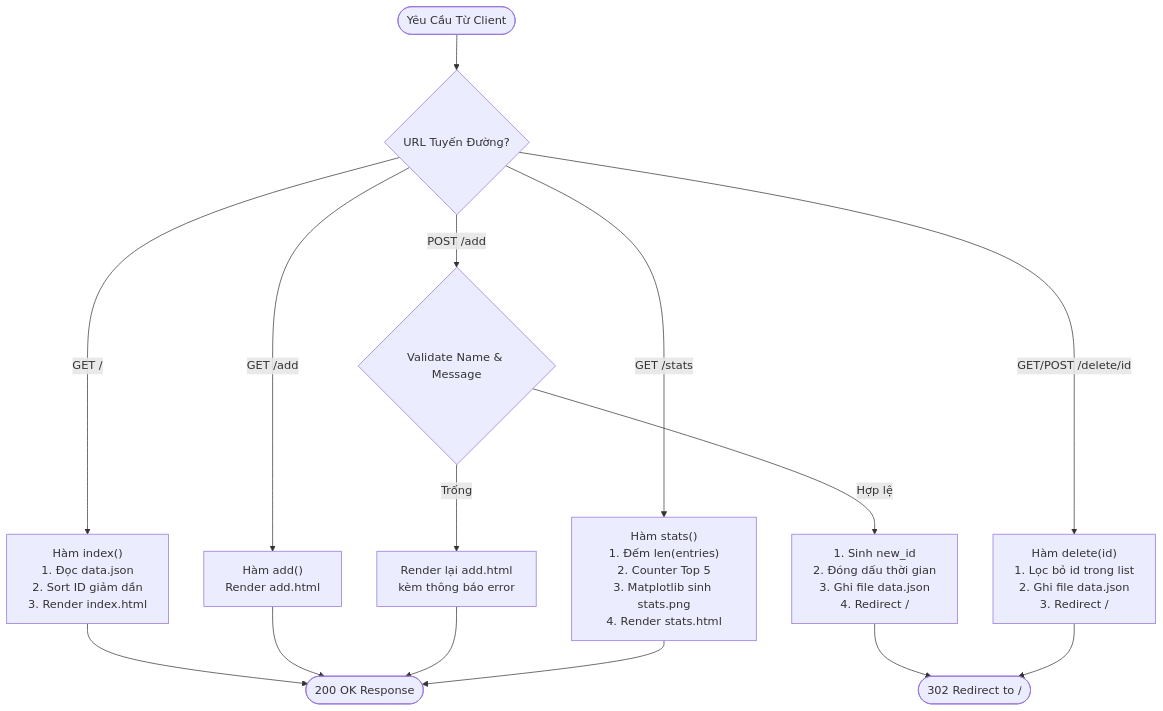
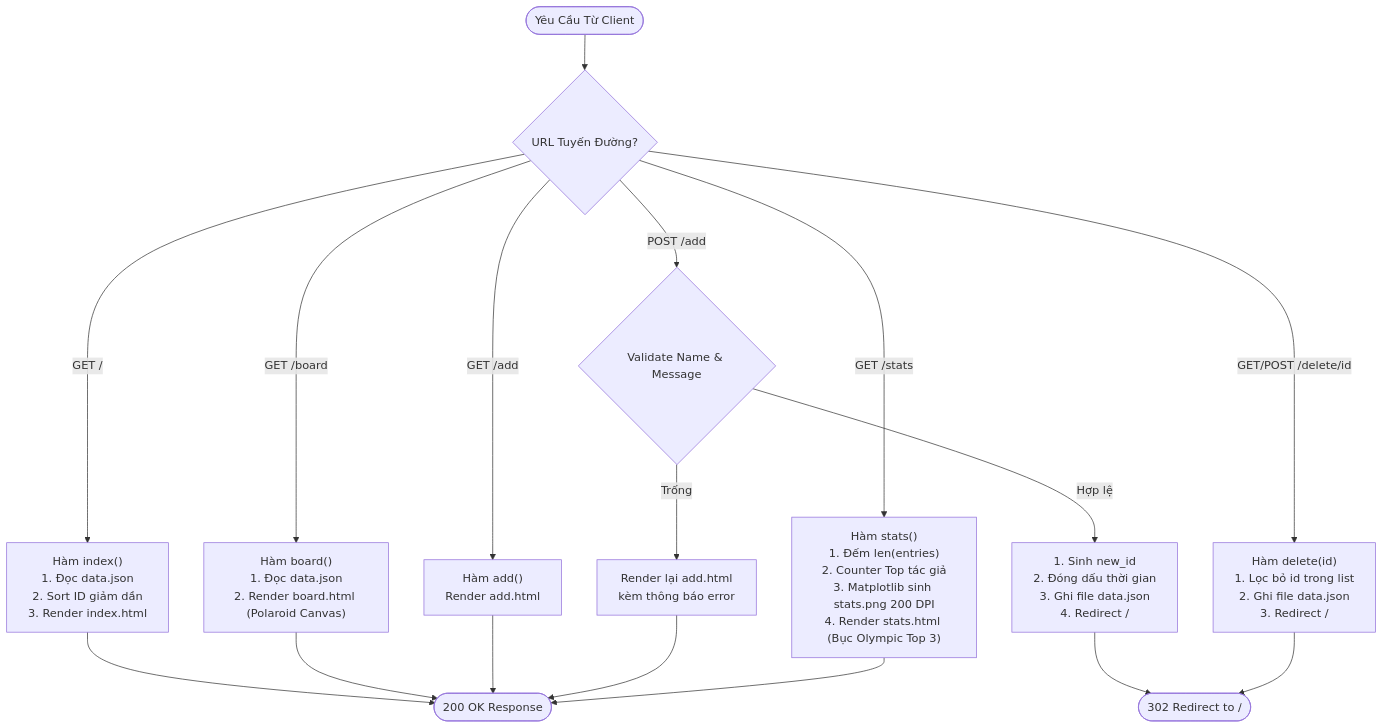
One commit to KemCheese/Project_python_web changed the diagram in vibe_code/docs/ROUTES_MAP.md. Above: the diagram before and after it, drawn with Mermaid. The commit also changed other lines of this file and 15 other files, not shown here.

````diff
--- a/vibe_code/docs/ROUTES_MAP.md
+++ b/vibe_code/docs/ROUTES_MAP.md
@@ -113,23 +121,26 @@
 ```mermaid
 flowchart TD
     Req([Yêu Cầu Từ Client]) --> URLCheck{URL Tuyến Đường?}
     
     URLCheck -->|GET /| RouteIndex["Hàm index()<br/>1. Đọc data.json<br/>2. Sort ID giảm dần<br/>3. Render index.html"]
+    
+    URLCheck -->|GET /board| RouteBoard["Hàm board()<br/>1. Đọc data.json<br/>2. Render board.html (Polaroid Canvas)"]
     
     URLCheck -->|GET /add| RouteAddGet["Hàm add()<br/>Render add.html"]
     
     URLCheck -->|POST /add| RouteAddPost{"Validate Name & Message"}
     RouteAddPost -->|Trống| AddFail["Render lại add.html<br/>kèm thông báo error"]
     RouteAddPost -->|Hợp lệ| AddSuccess["1. Sinh new_id<br/>2. Đóng dấu thời gian<br/>3. Ghi file data.json<br/>4. Redirect /"]
     
     URLCheck -->|GET/POST /delete/id| RouteDelete["Hàm delete(id)<br/>1. Lọc bỏ id trong list<br/>2. Ghi file data.json<br/>3. Redirect /"]
     
-    URLCheck -->|GET /stats| RouteStats["Hàm stats()<br/>1. Đếm len(entries)<br/>2. Counter Top 5<br/>3. Matplotlib sinh stats.png<br/>4. Render stats.html"]
+    URLCheck -->|GET /stats| RouteStats["Hàm stats()<br/>1. Đếm len(entries)<br/>2. Counter Top tác giả<br/>3. Matplotlib sinh stats.png 200 DPI<br/>4. Render stats.html (Bục Olympic Top 3)"]
     
     RouteIndex --> Res200([200 OK Response])
+    RouteBoard --> Res200
     RouteAddGet --> Res200
     AddFail --> Res200
     RouteStats --> Res200
     AddSuccess --> Res302([302 Redirect to /])
     RouteDelete --> Res302
 ```
````
